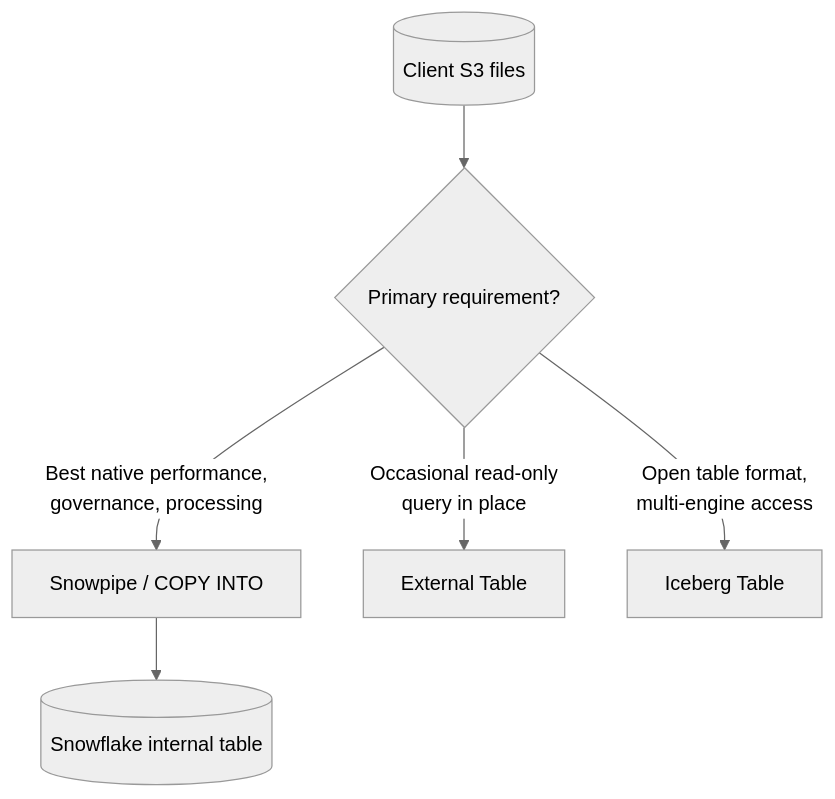
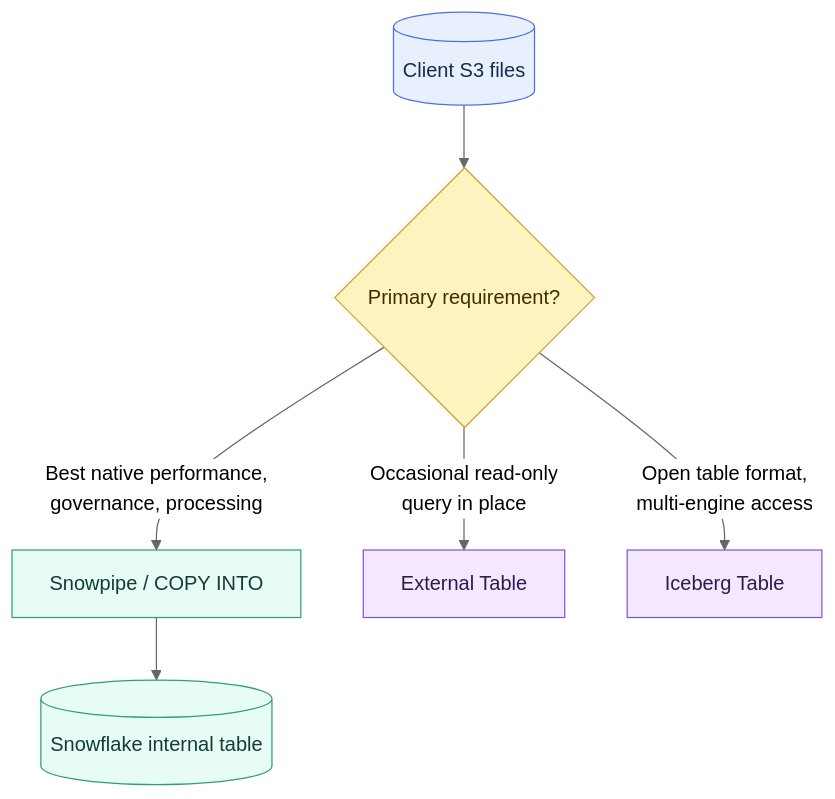
The second of 2 diagrams in 01 Snowflake/04 Data Engineering/24.5 Bonus chapter Data from A-Z.md (shonningsoy/Upskill), drawn with Mermaid (neutral theme) before and after one commit. The commit also changed other lines of this file and 14 other files, not shown here.

````diff
--- a/01 Snowflake/04 Data Engineering/24.5 Bonus chapter Data from A-Z.md
+++ b/01 Snowflake/04 Data Engineering/24.5 Bonus chapter Data from A-Z.md
@@ -93,8 +106,18 @@
 ```mermaid
 flowchart TD
     S3[(Client S3 files)] --> Q{Primary requirement?}
     Q -->|Best native performance,<br/>governance, processing| COPY[Snowpipe / COPY INTO]
     COPY --> RAW[(Snowflake internal table)]
     Q -->|Occasional read-only<br/>query in place| EXT[External Table]
     Q -->|Open table format,<br/>multi-engine access| ICE[Iceberg Table]
+
+    classDef input fill:#E8F0FE,stroke:#4C6EF5,color:#172B4D
+    classDef control fill:#FFF3BF,stroke:#D69E2E,color:#3D2E00
+    classDef snowflake fill:#E6FCF5,stroke:#2F9E7B,color:#123C34
+    classDef platform fill:#F1F3F5,stroke:#868E96,color:#212529
+    classDef output fill:#F3E8FF,stroke:#805AD5,color:#2D1B4E
+    class S3 input
+    class Q control
+    class COPY,RAW snowflake
+    class EXT,ICE output
 ```
````
